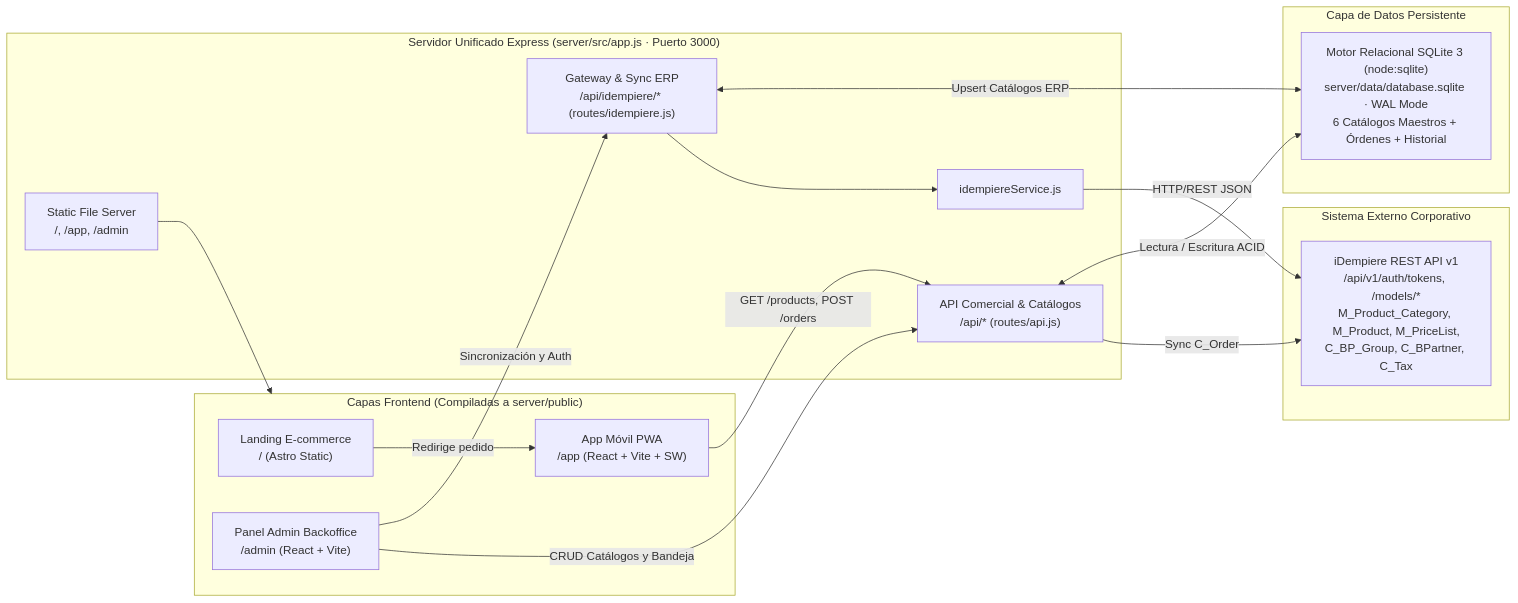
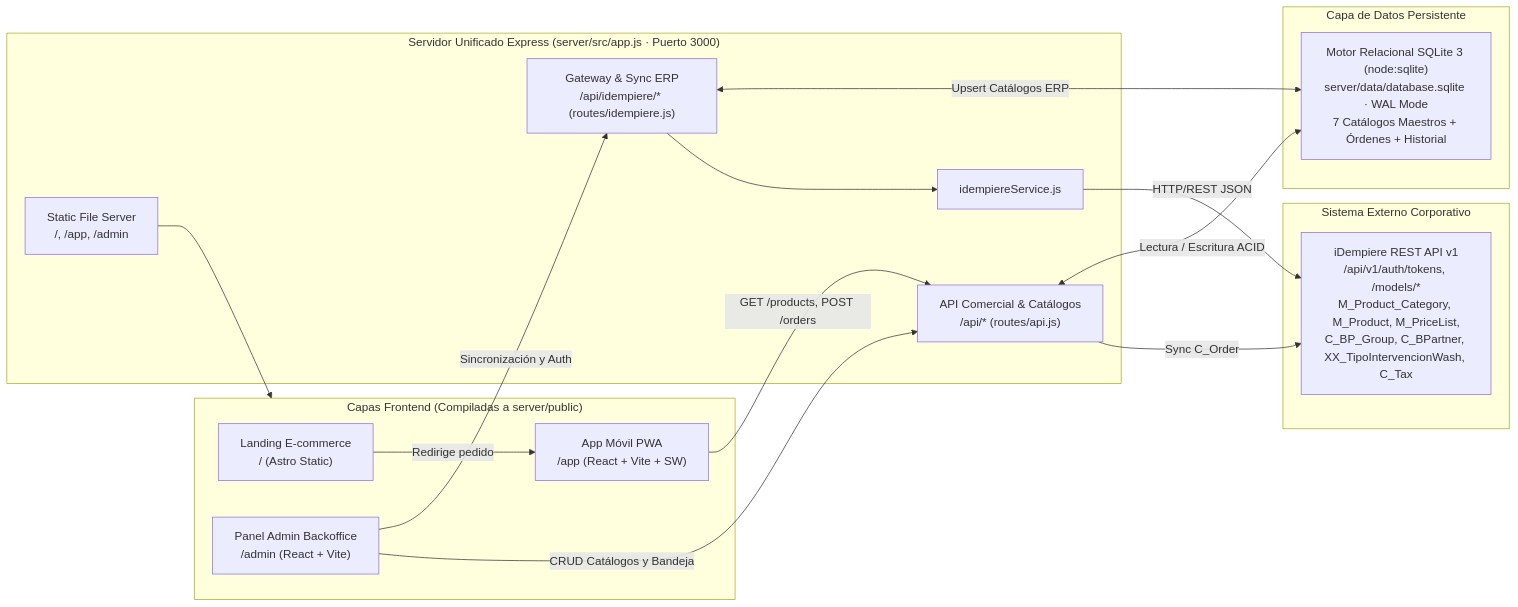
The diagram in ARCHITECTURE.md (jorgeijni/scaffold_base), drawn with Mermaid before and after one commit. The commit also changed other lines of this file and 9 other files, not shown here.

````diff
--- a/ARCHITECTURE.md
+++ b/ARCHITECTURE.md
@@ -11,34 +11,34 @@
 ```mermaid
 flowchart LR
   subgraph Clientes["Capas Frontend (Compiladas a server/public)"]
     E["Landing E-commerce\n/ (Astro Static)"]
     P["App Móvil PWA\n/app (React + Vite + SW)"]
     A["Panel Admin Backoffice\n/admin (React + Vite)"]
   end
 
   subgraph Backend["Servidor Unificado Express (server/src/app.js · Puerto 3000)"]
     STATIC["Static File Server\n/, /app, /admin"]
     API["API Comercial & Catálogos\n/api/* (routes/api.js)"]
     GW["Gateway & Sync ERP\n/api/idempiere/* (routes/idempiere.js)"]
     SVC["idempiereService.js"]
   end
 
   subgraph Data["Capa de Datos Persistente"]
-    SQLITE["Motor Relacional SQLite 3 (node:sqlite)\nserver/data/database.sqlite · WAL Mode\n6 Catálogos Maestros + Órdenes + Historial"]
+    SQLITE["Motor Relacional SQLite 3 (node:sqlite)\nserver/data/database.sqlite · WAL Mode\n7 Catálogos Maestros + Órdenes + Historial"]
   end
 
   subgraph External["Sistema Externo Corporativo"]
-    ERP["iDempiere REST API v1\n/api/v1/auth/tokens, /models/*\nM_Product_Category, M_Product, M_PriceList,\nC_BP_Group, C_BPartner, C_Tax"]
+    ERP["iDempiere REST API v1\n/api/v1/auth/tokens, /models/*\nM_Product_Category, M_Product, M_PriceList,\nC_BP_Group, C_BPartner, XX_TipoIntervencionWash, C_Tax"]
   end
 
   E -->|Redirige pedido| P
   P -->|GET /products, POST /orders| API
   A -->|CRUD Catálogos y Bandeja| API
   A -->|Sincronización y Auth| GW
   GW --> SVC
   SVC -->|HTTP/REST JSON| ERP
   API -->|Sync C_Order| ERP
   API <-->|Lectura / Escritura ACID| SQLITE
   GW <-->|Upsert Catálogos ERP| SQLITE
   STATIC --> Clientes
 ```
````
